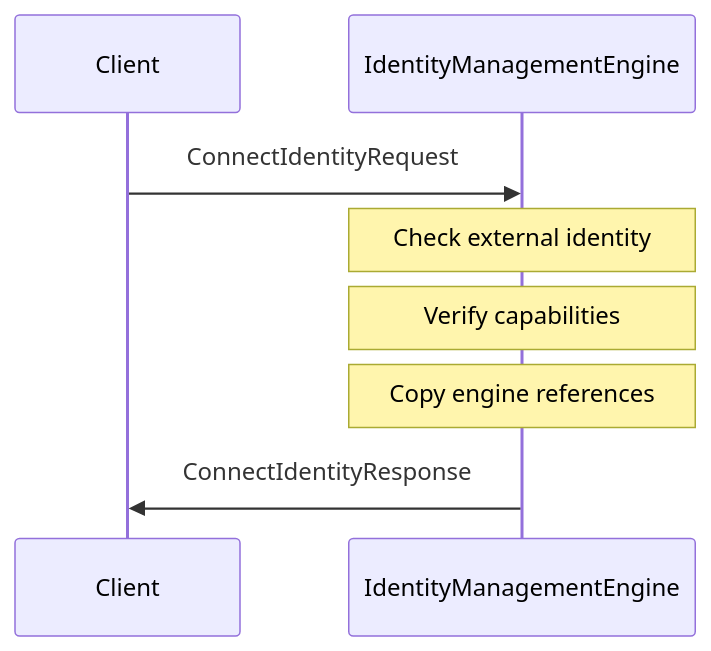
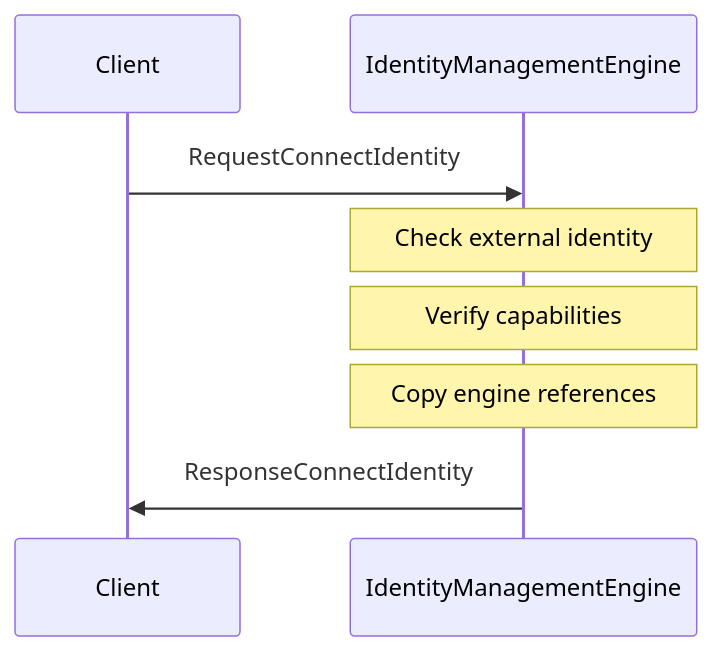
Before and after one commit to anoma/nspec: the second of 3 diagrams in docs/arch/node/engines/identity_management_messages.juvix.md, drawn with Mermaid. The commit also changed other lines of this file and 3 other files, not shown here.

````diff
--- a/docs/arch/node/engines/identity_management_messages.juvix.md
+++ b/docs/arch/node/engines/identity_management_messages.juvix.md
@@ -185,11 +195,11 @@
 ```mermaid
 sequenceDiagram
     participant Client
     participant IdentityManagementEngine
 
-    Client->>IdentityManagementEngine: ConnectIdentityRequest
+    Client->>IdentityManagementEngine: RequestConnectIdentity
     Note over IdentityManagementEngine: Check external identity
     Note over IdentityManagementEngine: Verify capabilities
     Note over IdentityManagementEngine: Copy engine references
-    IdentityManagementEngine->>Client: ConnectIdentityResponse
+    IdentityManagementEngine->>Client: ResponseConnectIdentity
 ```
````
